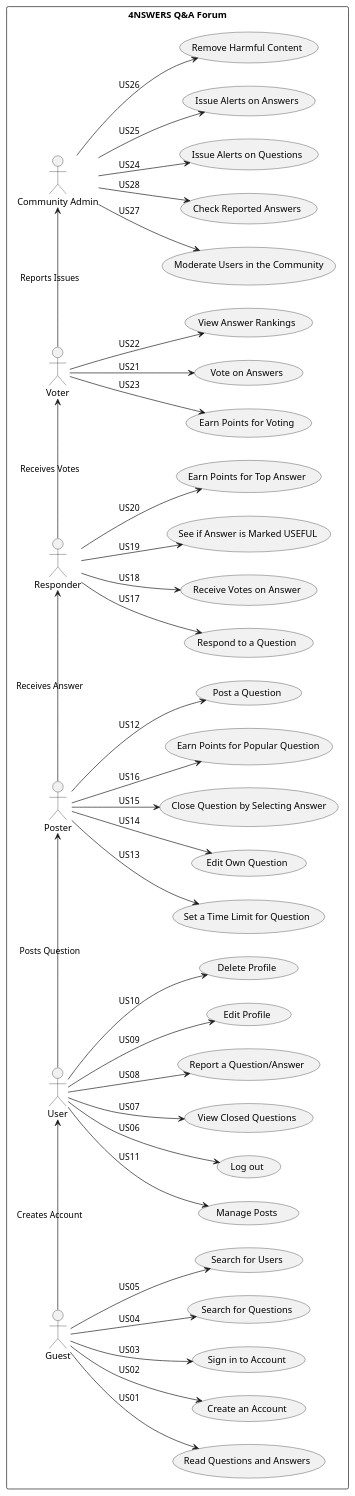
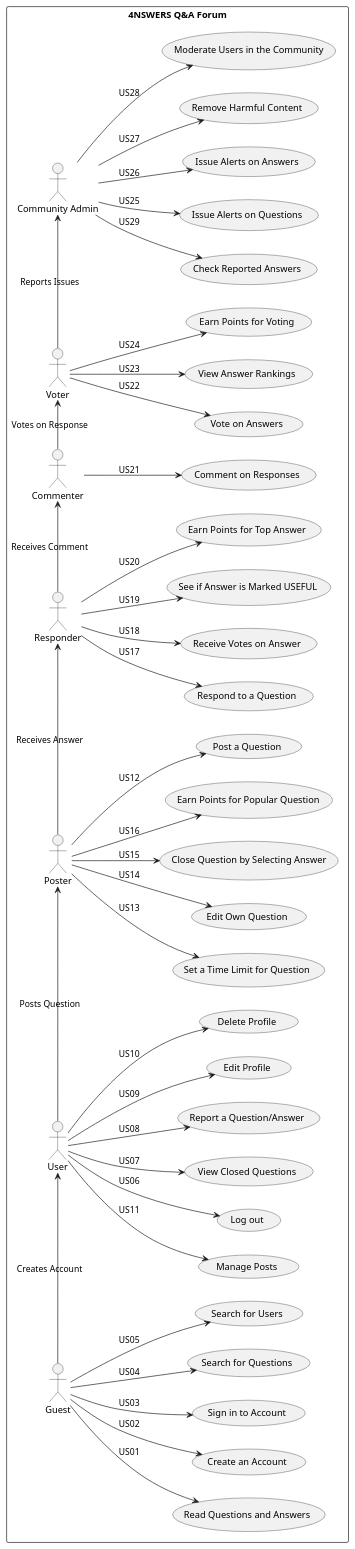
One commit to rodeso/lbaw.4nswers changed the diagram in wiki/docs/actors.puml. Above: the diagram before and after it, drawn with PlantUML. The commit also changed 1 other file, not shown here.

```diff
--- a/wiki/docs/actors.puml
+++ b/wiki/docs/actors.puml
@@ -1,60 +1,66 @@
 @startuml
 left to right direction
 rectangle "4NSWERS Q&A Forum" {
 
   actor Guest
   actor User
   actor Poster as PosterUser
   actor Responder as ResponderUser
+  actor Commenter as CommentUser
   actor Voter as VoterUser
   actor "Community Admin" as AdminUser
 
   ' Guest Interactions
   Guest -down-> (Read Questions and Answers) : US01
   Guest --> (Create an Account) : US02
   Guest --> (Sign in to Account) : US03
   Guest --> (Search for Questions) : US04
   Guest --> (Search for Users) : US05
 
   ' User Interactions
   User -down-> (Log out) : US06
   User --> (View Closed Questions) : US07
   User --> (Report a Question/Answer) : US08
   User --> (Edit Profile) : US09
   User --> (Delete Profile) : US10
   User --> (Manage Posts) : US11
 
   ' Poster Interactions
   PosterUser --> (Post a Question) : US12
   PosterUser --> (Set a Time Limit for Question) : US13
   PosterUser --> (Edit Own Question) : US14
   PosterUser --> (Close Question by Selecting Answer) : US15
   PosterUser --> (Earn Points for Popular Question) : US16
 
   ' Responder Interactions
   ResponderUser --> (Respond to a Question) : US17
   ResponderUser --> (Receive Votes on Answer) : US18
   ResponderUser --> (See if Answer is Marked USEFUL) : US19
   ResponderUser --> (Earn Points for Top Answer) : US20
 
+  ' Commenter Interactions
+  CommentUser --> (Comment on Responses) : US21
+
   ' Voter Interactions
-  VoterUser --> (Vote on Answers) : US21
-  VoterUser --> (View Answer Rankings) : US22
-  VoterUser --> (Earn Points for Voting) : US23
+  VoterUser --> (Vote on Answers) : US22
+  VoterUser --> (View Answer Rankings) : US23
+  VoterUser --> (Earn Points for Voting) : US24
 
   ' Admin Interactions
-  AdminUser --> (Issue Alerts on Questions) : US24
-  AdminUser --> (Issue Alerts on Answers) : US25
-  AdminUser --> (Remove Harmful Content) : US26
-  AdminUser --> (Moderate Users in the Community) : US27
-  AdminUser --> (Check Reported Answers) : US28
+  AdminUser --> (Issue Alerts on Questions) : US25
+  AdminUser --> (Issue Alerts on Answers) : US26
+  AdminUser --> (Remove Harmful Content) : US27
+  AdminUser --> (Moderate Users in the Community) : US28
+  AdminUser --> (Check Reported Answers) : US29
 
   ' Relations between actors and processes
   Guest -right-> User : "Creates Account"
   User -right-> PosterUser : "Posts Question"
   PosterUser -right-> ResponderUser : "Receives Answer"
-  ResponderUser -right-> VoterUser : "Receives Votes"
+  ResponderUser -right-> CommentUser : "Receives Comment"
+  CommentUser -right-> VoterUser : "Votes on Response"
   VoterUser -right-> AdminUser : "Reports Issues"
 }
 
+
 @enduml
```
